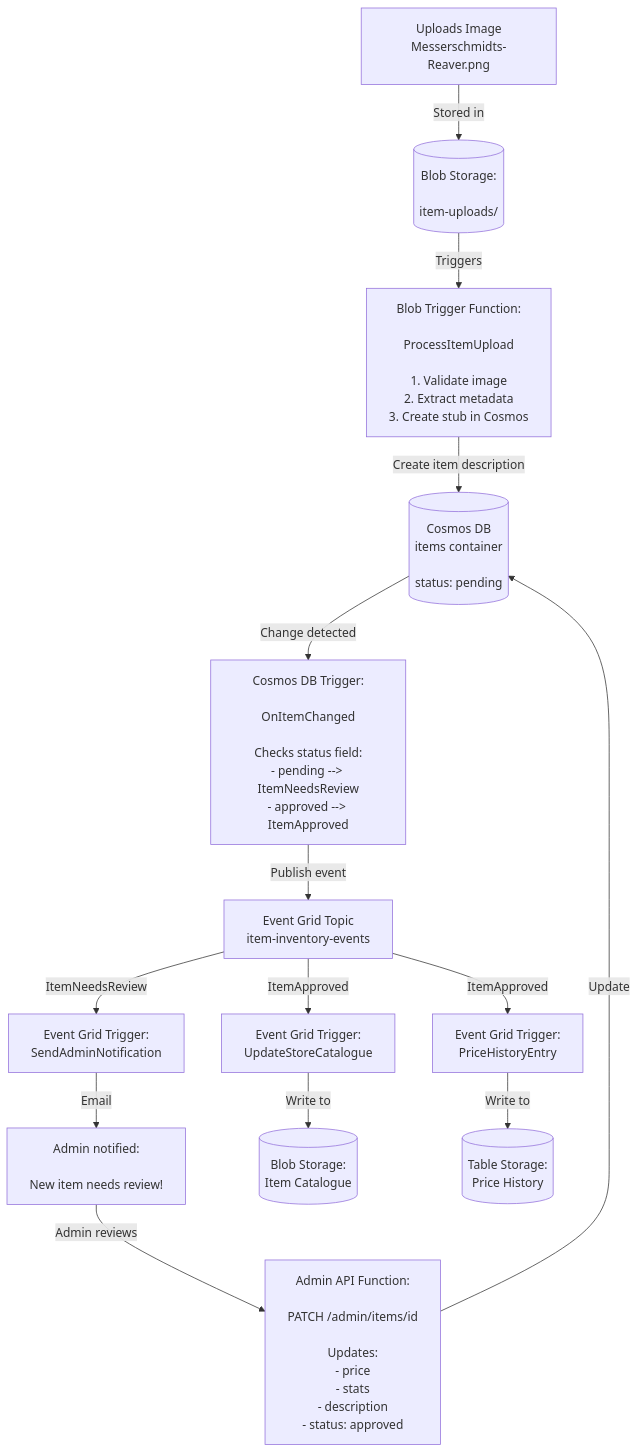
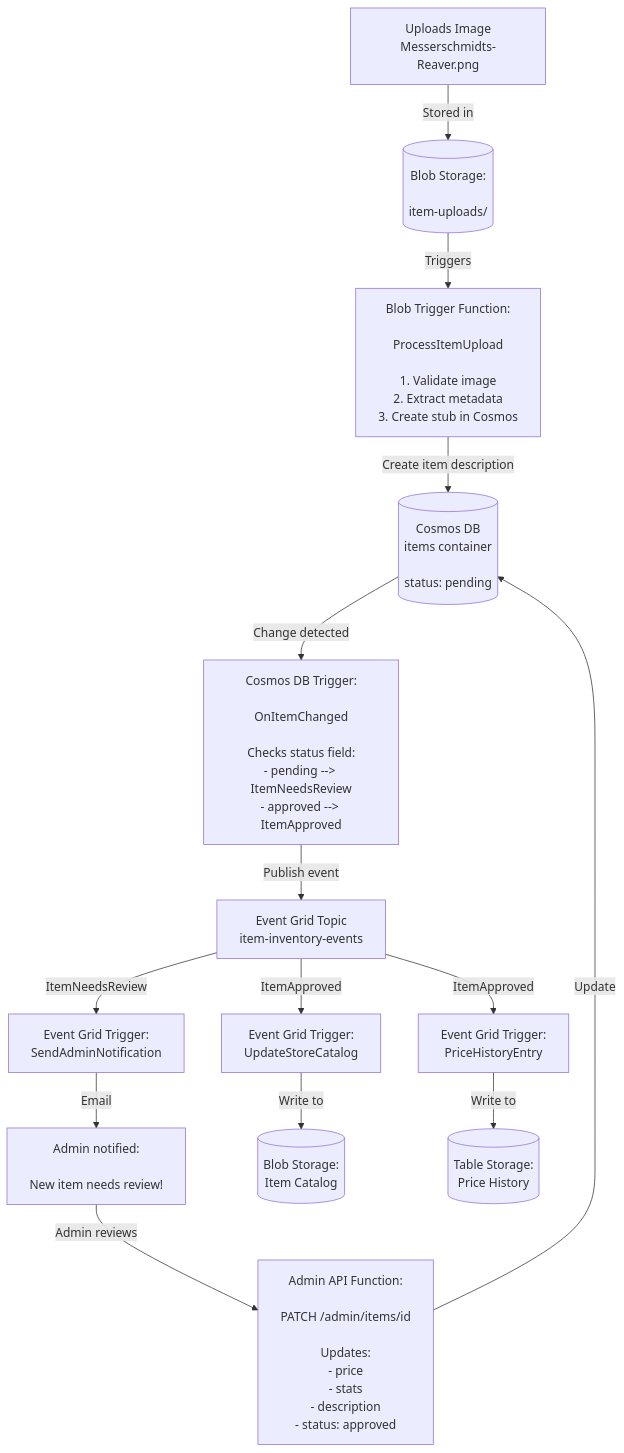
The diagram in 3-Event-Driven-Data-Processing/README.md (gruvedrift/azure-functions), drawn with Mermaid before and after one commit. The commit also changed other lines of this file and 4 other files, not shown here.

````diff
--- a/3-Event-Driven-Data-Processing/README.md
+++ b/3-Event-Driven-Data-Processing/README.md
@@ -82,22 +86,22 @@
 ```mermaid
 graph TD
     Upload[Uploads Image<br/>Messerschmidts-Reaver.png]
     Upload -->|Stored in| BlobStorage[(Blob Storage:</br><br/>item-uploads/)]
     BlobStorage -->|Triggers| BlobTrigger[Blob Trigger Function:</br><br/>ProcessItemUpload<br/><br/>1. Validate image<br/>2. Extract metadata<br/>3. Create stub in Cosmos]
     BlobTrigger -->|Create item description| CosmosDB[(Cosmos DB<br/>items container<br/><br/>status: pending)]
     CosmosDB -->|Change detected| CosmosTrigger[Cosmos DB Trigger:</br><br/>OnItemChanged<br/><br/>Checks status field:<br/>- pending --> ItemNeedsReview<br/>- approved --> ItemApproved]
     
     CosmosTrigger -->|Publish event| EventGrid[Event Grid Topic<br/>item-inventory-events]
     EventGrid -->|ItemNeedsReview|NotifyAdmin[Event Grid Trigger:<br/>SendAdminNotification]
     NotifyAdmin -->|Email|AdminEmail[Admin notified:</br><br/>New item needs review!]
 
     AdminEmail -->|Admin reviews|AdminAPI[Admin API Function:</br><br/>PATCH /admin/items/id<br/><br/>Updates:<br/>- price<br/>- stats<br/>- description<br/>- status: approved]
     AdminAPI -->|Update|CosmosDB
 
     %% Add item to store catalog 
-    EventGrid -->|ItemApproved|StoreCatalogue[Event Grid Trigger:<br/>UpdateStoreCatalogue]
+    EventGrid -->|ItemApproved|StoreCatalog[Event Grid Trigger:<br/>UpdateStoreCatalog]
     EventGrid -->|ItemApproved|PriceTable[Event Grid Trigger:<br/>PriceHistoryEntry]
 
-    StoreCatalogue -->|Write to|StoreCatalogueBlob[(Blob Storage:<br/>Item Catalogue)]
+    StoreCatalog -->|Write to|StoreCatalogBlob[(Blob Storage:<br/>Item Catalog)]
     PriceTable -->|Write to|PriceHistoryTable[(Table Storage:<br/>Price History)]
 ```
````
